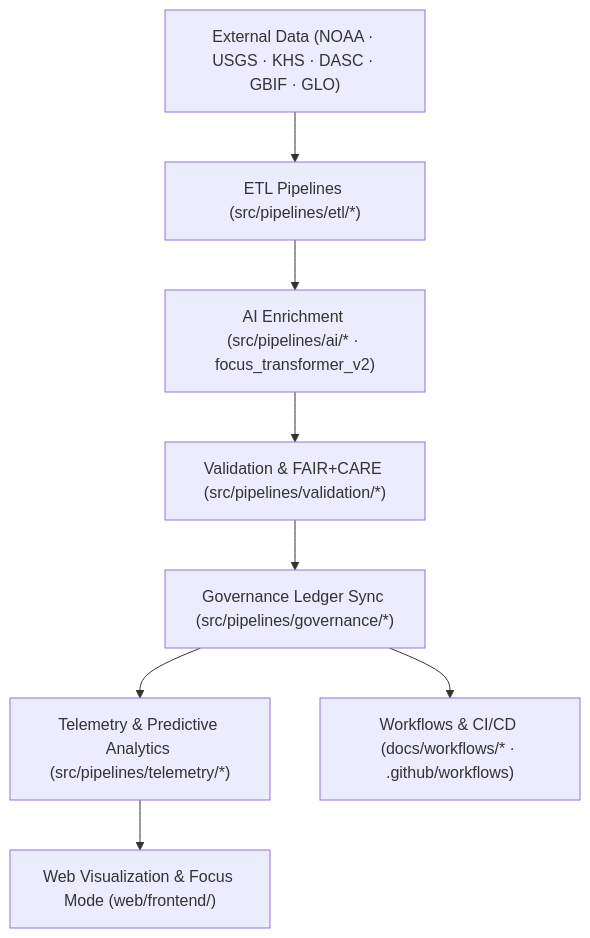
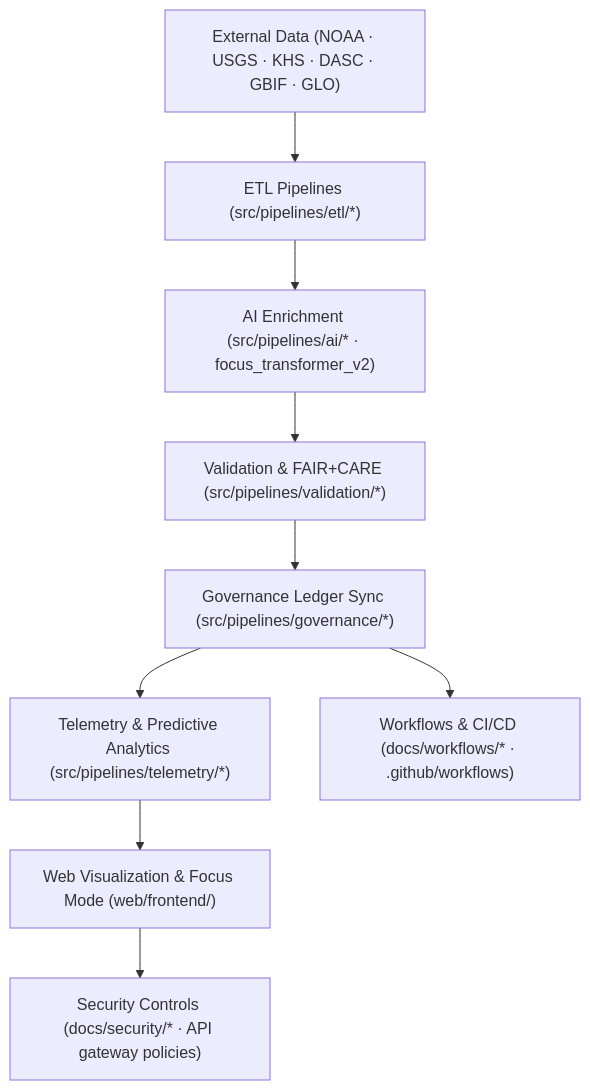
The diagram in docs/architecture/README.md (bartytime4life/Kansas-Frontier-Matrix), drawn with Mermaid before and after one commit. The commit also changed other lines of this file, not shown here.

First line of the commit message:
Revise architecture README for version 10.2.3

````diff
--- a/docs/architecture/README.md
+++ b/docs/architecture/README.md
@@ -75,10 +77,11 @@
 ```mermaid
 flowchart TD
     A["External Data (NOAA · USGS · KHS · DASC · GBIF · GLO)"] --> B["ETL Pipelines (src/pipelines/etl/*)"]
     B --> C["AI Enrichment (src/pipelines/ai/* · focus_transformer_v2)"]
     C --> D["Validation & FAIR+CARE (src/pipelines/validation/*)"]
     D --> E["Governance Ledger Sync (src/pipelines/governance/*)"]
     E --> F["Telemetry & Predictive Analytics (src/pipelines/telemetry/*)"]
     F --> G["Web Visualization & Focus Mode (web/frontend/)"]
     E --> H["Workflows & CI/CD (docs/workflows/* · .github/workflows)"]
+    G --> I["Security Controls (docs/security/* · API gateway policies)"]
 ```
````
